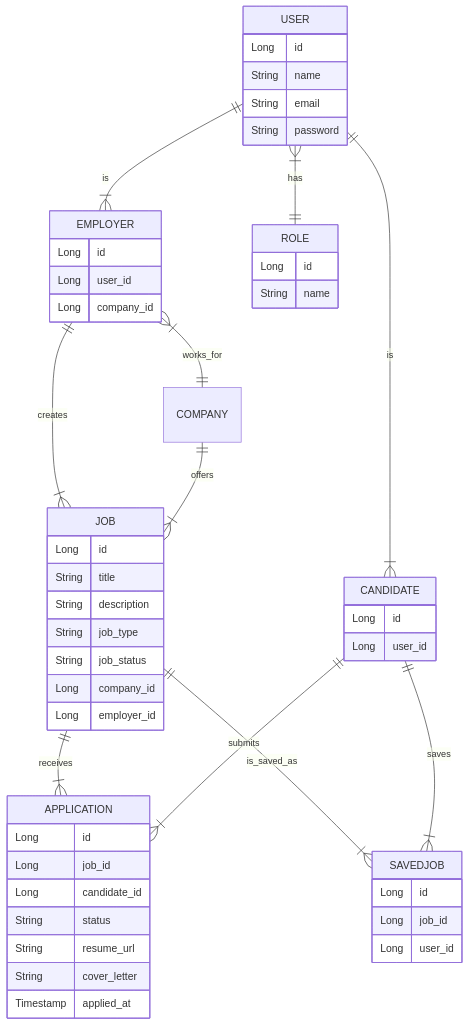
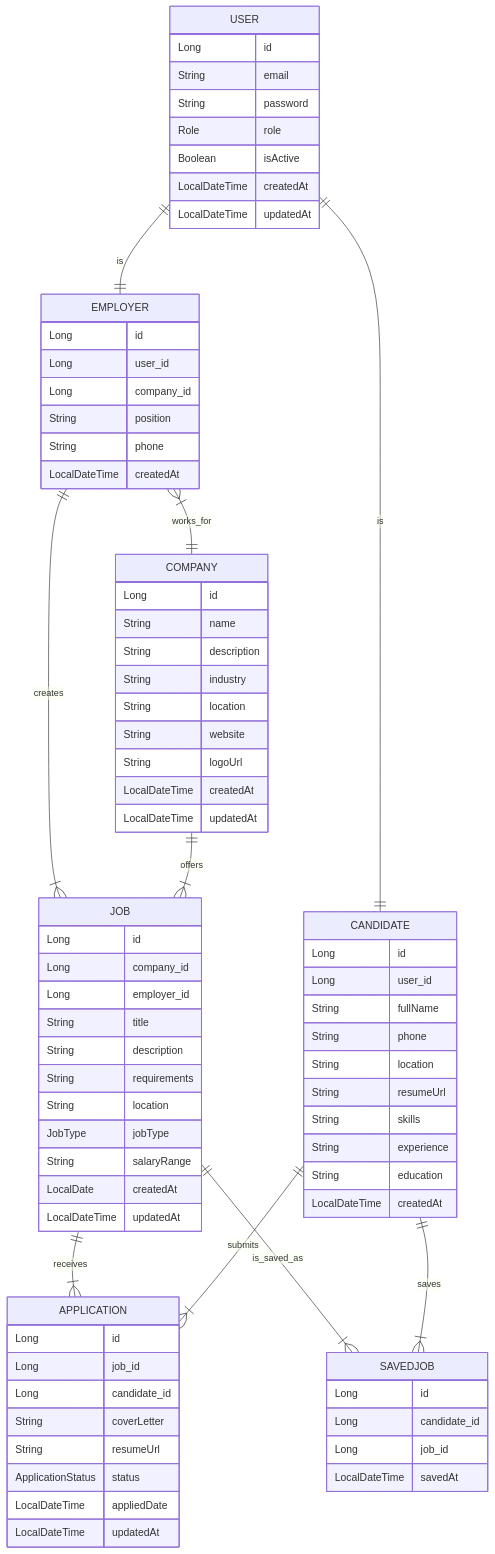
Before and after one commit to parthibCsaha/Job-Portal---Full-Stack-Web-Application: the second of 3 diagrams in README.md, drawn with Mermaid. The commit also changed other lines of this file, not shown here.

````diff
--- a/README.md
+++ b/README.md
@@ -114,55 +114,82 @@
 ```mermaid
 erDiagram
-  USER ||--|{ CANDIDATE : "is"
-  USER ||--|{ EMPLOYER : "is"
-  USER }|--|| ROLE : "has"
+  USER ||--|| CANDIDATE : "is"
+  USER ||--|| EMPLOYER : "is"
   EMPLOYER }|--|| COMPANY : "works_for"
   EMPLOYER ||--|{ JOB : "creates"
   COMPANY ||--|{ JOB : "offers"
   JOB ||--|{ APPLICATION : "receives"
   JOB ||--|{ SAVEDJOB : "is_saved_as"
   CANDIDATE ||--|{ APPLICATION : "submits"
   CANDIDATE ||--|{ SAVEDJOB : "saves"
-  APPLICATION {
-    Long id
-    Long job_id
-    Long candidate_id
-    String status
-    String resume_url
-    String cover_letter
-    Timestamp applied_at
-  }
-  JOB {
-    Long id
-    String title
-    String description
-    String job_type
-    String job_status
-    Long company_id
-    Long employer_id
-  }
   USER {
     Long id
-    String name
     String email
     String password
-  }
-  ROLE {
-    Long id
-    String name
+    Role role
+    Boolean isActive
+    LocalDateTime createdAt
+    LocalDateTime updatedAt
   }
   CANDIDATE {
     Long id
     Long user_id
+    String fullName
+    String phone
+    String location
+    String resumeUrl
+    String skills
+    String experience
+    String education
+    LocalDateTime createdAt
   }
   EMPLOYER {
     Long id
     Long user_id
     Long company_id
+    String position
+    String phone
+    LocalDateTime createdAt
+  }
+  COMPANY {
+    Long id
+    String name
+    String description
+    String industry
+    String location
+    String website
+    String logoUrl
+    LocalDateTime createdAt
+    LocalDateTime updatedAt
+  }
+  JOB {
+    Long id
+    Long company_id
+    Long employer_id
+    String title
+    String description
+    String requirements
+    String location
+    JobType jobType
+    String salaryRange
+    LocalDate createdAt
+    LocalDateTime updatedAt
+  }
+  APPLICATION {
+    Long id
+    Long job_id
+    Long candidate_id
+    String coverLetter
+    String resumeUrl
+    ApplicationStatus status
+    LocalDateTime appliedDate
+    LocalDateTime updatedAt
   }
   SAVEDJOB {
     Long id
+    Long candidate_id
     Long job_id
-    Long user_id
+    LocalDateTime savedAt
   }
+
 ```
````
